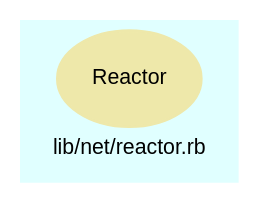
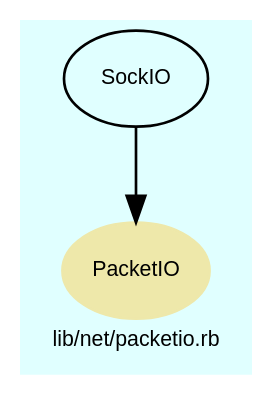
One commit to Tyche/teensymud changed the diagram in doc/dot/f_12.dot. Above: the diagram before and after it, drawn with Graphviz. The commit also changed 233 other files, not shown here.

```diff
--- a/doc/dot/f_12.dot
+++ b/doc/dot/f_12.dot
@@ -1,22 +1,31 @@
 digraph TopLevel {
     compound = true
     bgcolor = lightcyan1
     fontname = Arial
     fontsize = 8
-    label = "lib/net/reactor.rb"
+    label = "lib/net/packetio.rb"
     node [
         fontname = Arial,
         fontsize = 8,
         color = black
     ]
 
-    Reactor [
+    PacketIO [
         fontcolor = black,
-        URL = "classes/Reactor.html",
+        URL = "classes/PacketIO.html",
         shape = ellipse,
         color = palegoldenrod,
         style = filled,
-        label = "Reactor"
+        label = "PacketIO"
+    ]
+
+    SockIO [
+        URL = "classes/SockIO.html",
+        label = "SockIO"
+    ]
+
+    SockIO -> PacketIO [
+
     ]
 
 }
```
